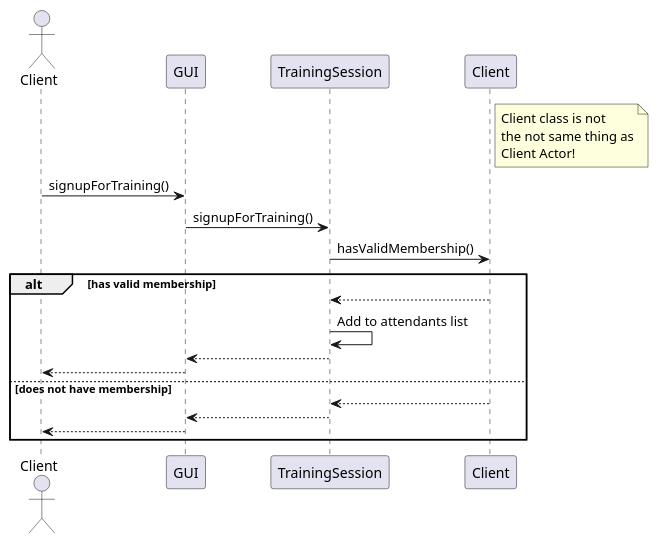
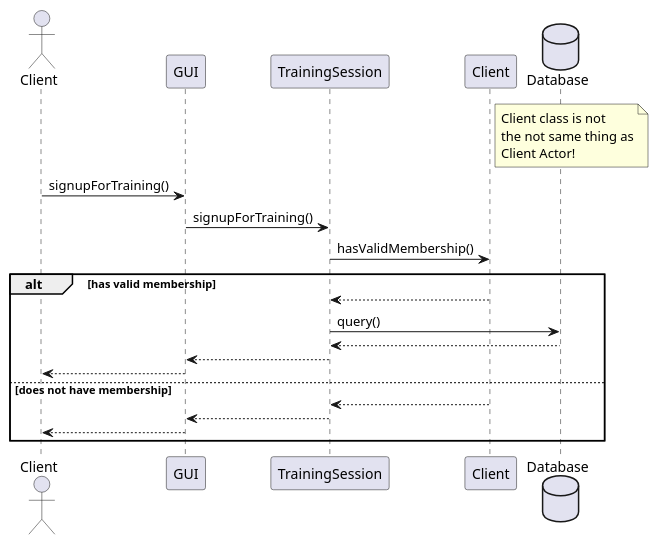
Before and after one commit to filip-stepien/software-engineering-lab: the diagram in src/pattern_diagrams/rafal/diagram_sekwencji/seq_singupForTraining.puml, drawn with PlantUML. The commit also changed 3 other files, not shown here.

```diff
--- a/src/pattern_diagrams/rafal/diagram_sekwencji/seq_singupForTraining.puml
+++ b/src/pattern_diagrams/rafal/diagram_sekwencji/seq_singupForTraining.puml
@@ -1,30 +1,32 @@
 @startuml signupForTraining
 
 actor Client as Clienta
 participant GUI
 participant TrainingSession
 participant Client as Client
+database Database as db
 
 note right of Client
     Client class is not 
     the not same thing as
     Client Actor!
 end note
 
 
 Clienta -> GUI: signupForTraining()
 GUI -> TrainingSession: signupForTraining()
 TrainingSession -> Client: hasValidMembership()
 
 alt has valid membership
     Client --> TrainingSession 
-    TrainingSession -> TrainingSession: Add to attendants list
+    TrainingSession -> db: query()
+    db --> TrainingSession
     TrainingSession --> GUI
     GUI --> Clienta
 else does not have membership
     Client --> TrainingSession
     TrainingSession --> GUI 
     GUI --> Clienta
 end
 
 @enduml
```
